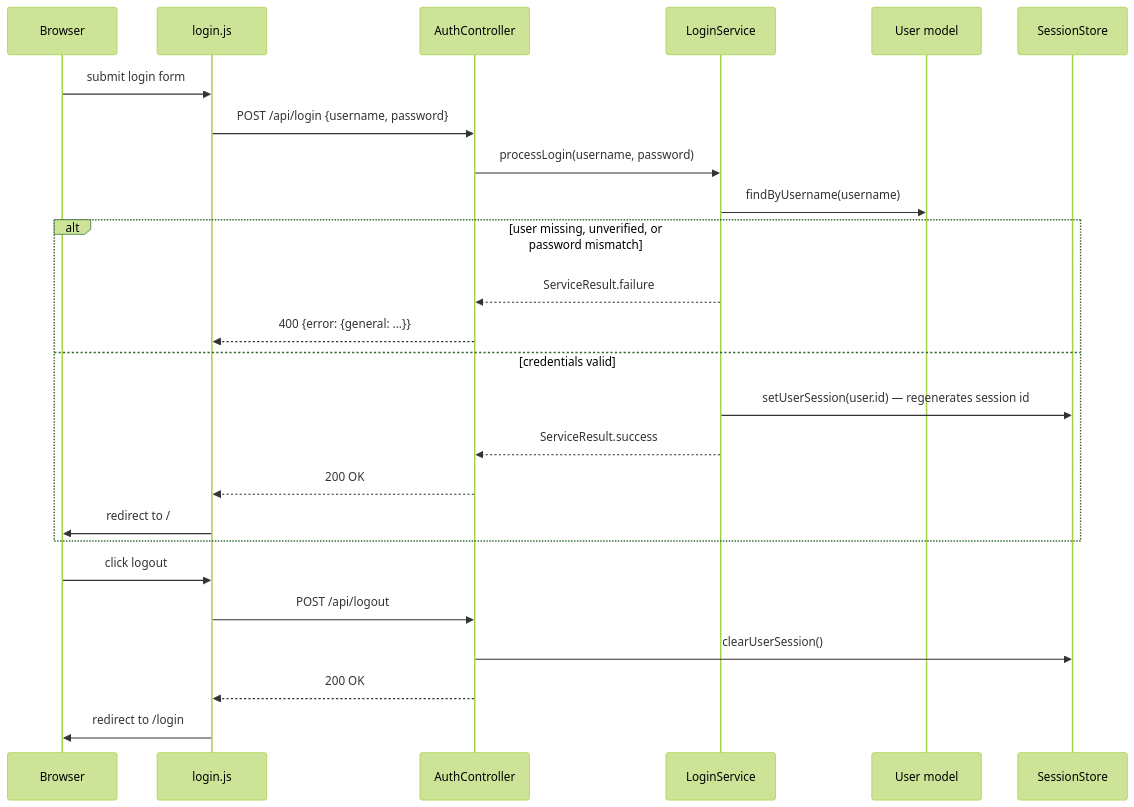
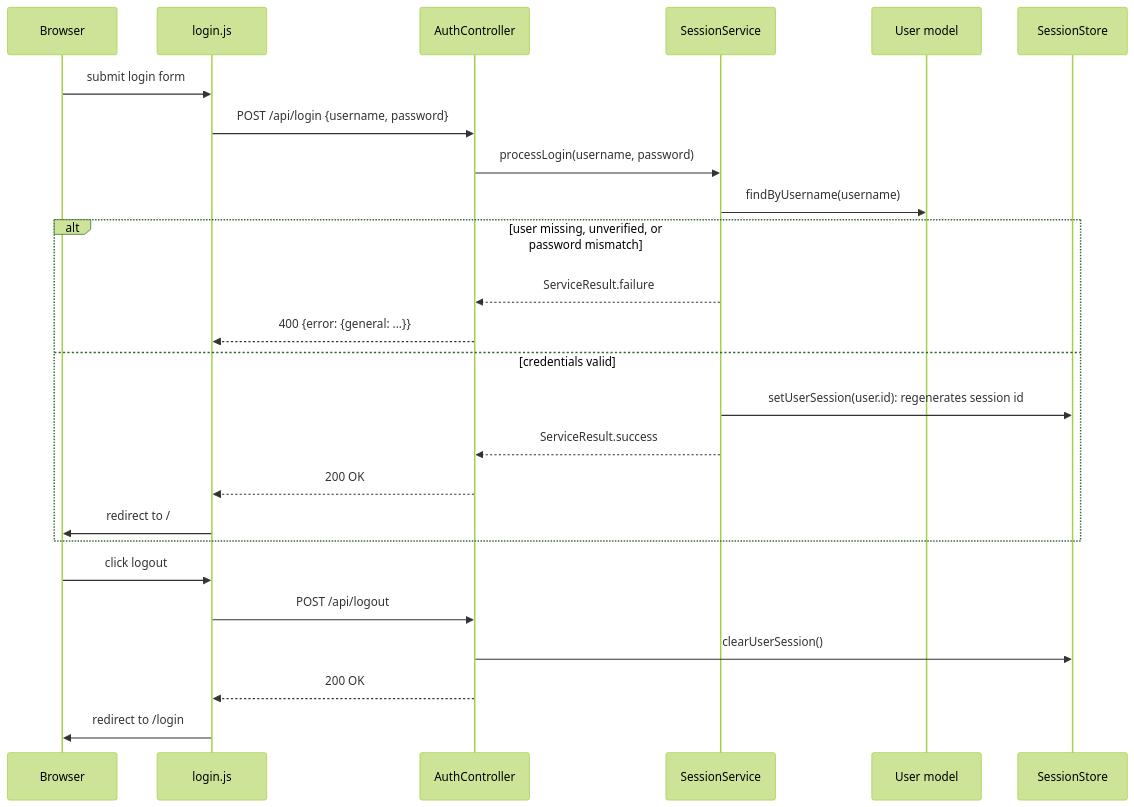
Before and after one commit to ysengoku/camagru: the third of 4 diagrams in doc/AUTH.md, drawn with Mermaid (forest theme). The commit also changed other lines of this file and 5 other files, not shown here.

Commit message:
refactor: create VerifyEmailService and rename LoginService to SessionService so it can include logout logic

````diff
--- a/doc/AUTH.md
+++ b/doc/AUTH.md
@@ -111,29 +111,29 @@
 ```mermaid
 sequenceDiagram
     participant U as Browser
     participant JS as login.js
     participant AC as AuthController
-    participant LS as LoginService
+    participant LS as SessionService
     participant DB as User model
     participant Sess as SessionStore
 
     U->>JS: submit login form
     JS->>AC: POST /api/login {username, password}
     AC->>LS: processLogin(username, password)
     LS->>DB: findByUsername(username)
     alt user missing, unverified, or password mismatch
         LS-->>AC: ServiceResult.failure
         AC-->>JS: 400 {error: {general: ...}}
     else credentials valid
-        LS->>Sess: setUserSession(user.id) — regenerates session id
+        LS->>Sess: setUserSession(user.id): regenerates session id
         LS-->>AC: ServiceResult.success
         AC-->>JS: 200 OK
         JS->>U: redirect to /
     end
 
     U->>JS: click logout
     JS->>AC: POST /api/logout
     AC->>Sess: clearUserSession()
     AC-->>JS: 200 OK
     JS->>U: redirect to /login
 ```
````
